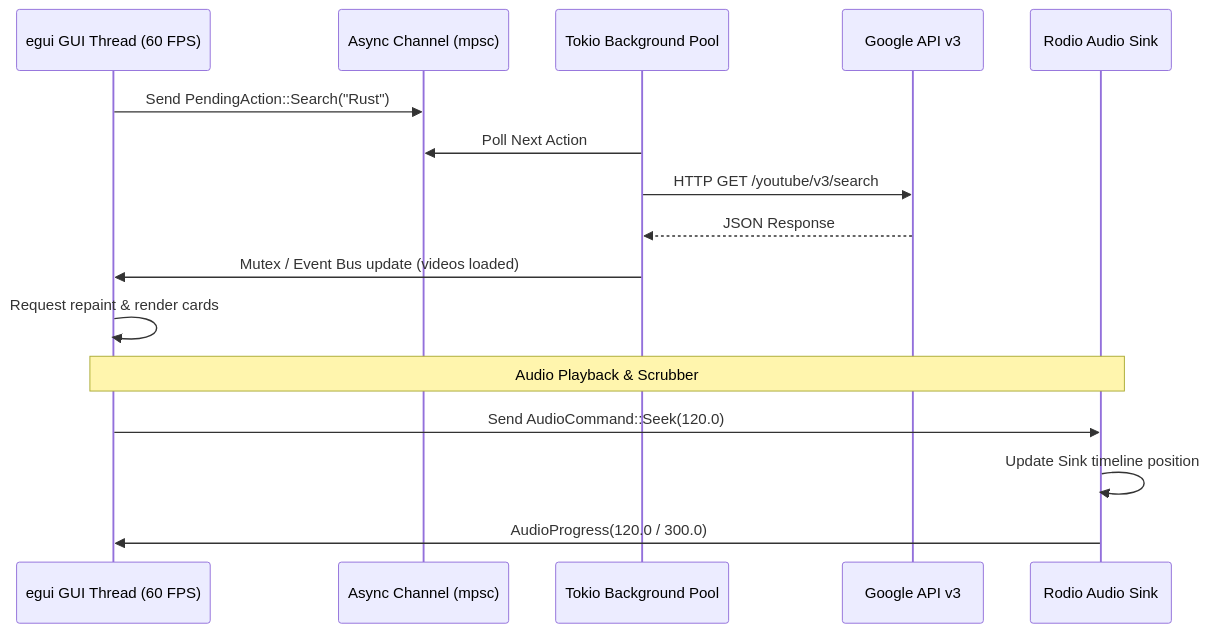
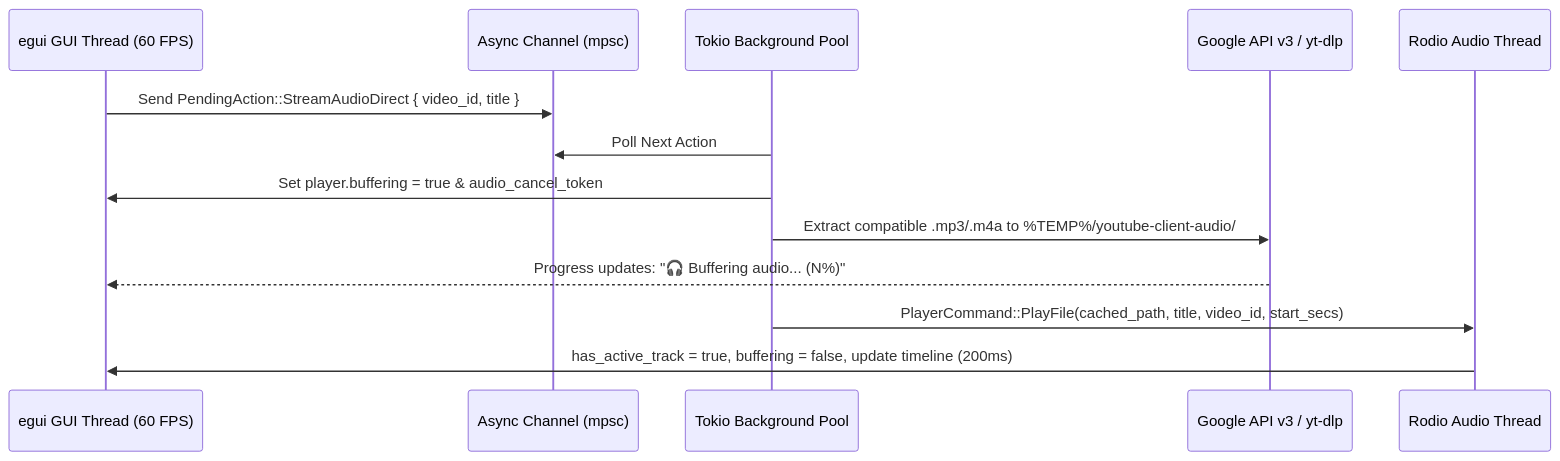
The third of 4 diagrams in docs/architecture.md (clockworkengineer/youtube-client), drawn with Mermaid before and after one commit. The commit also changed other lines of this file and 42 other files, not shown here.

Commit message:
Fix direct audio streaming (Listen), enforce MPV immediate window, and update documentation suite (Phases 1-3)

````diff
--- a/docs/architecture.md
+++ b/docs/architecture.md
@@ -121,20 +121,16 @@
 ```mermaid
 sequenceDiagram
     participant UI as egui GUI Thread (60 FPS)
     participant CH as Async Channel (mpsc)
     participant TOK as Tokio Background Pool
-    participant GAPI as Google API v3
-    participant ROD as Rodio Audio Sink
+    participant GAPI as Google API v3 / yt-dlp
+    participant ROD as Rodio Audio Thread
 
-    UI->>CH: Send PendingAction::Search("Rust")
+    UI->>CH: Send PendingAction::StreamAudioDirect { video_id, title }
     TOK->>CH: Poll Next Action
-    TOK->>GAPI: HTTP GET /youtube/v3/search
-    GAPI-->>TOK: JSON Response
-    TOK->>UI: Mutex / Event Bus update (videos loaded)
-    UI->>UI: Request repaint & render cards
-
-    Note over UI,ROD: Audio Playback & Scrubber
-    UI->>ROD: Send AudioCommand::Seek(120.0)
-    ROD->>ROD: Update Sink timeline position
-    ROD->>UI: AudioProgress(120.0 / 300.0)
+    TOK->>UI: Set player.buffering = true & audio_cancel_token
+    TOK->>GAPI: Extract compatible .mp3/.m4a to %TEMP%/youtube-client-audio/
+    GAPI-->>UI: Progress updates: "🎧 Buffering audio... (N%)"
+    TOK->>ROD: PlayerCommand::PlayFile(cached_path, title, video_id, start_secs)
+    ROD->>UI: has_active_track = true, buffering = false, update timeline (200ms)
 ```
````
